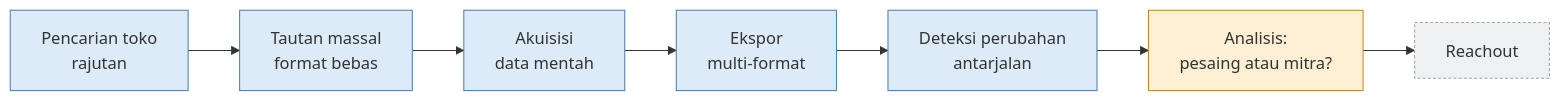
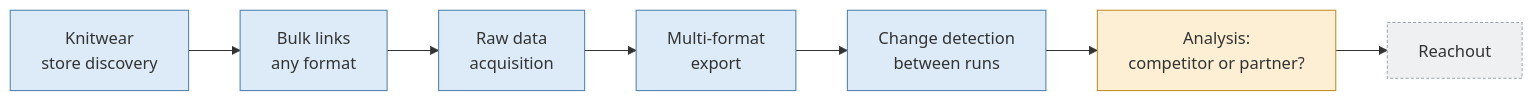
Before and after one commit to Wooden-Ships-Knits/scrapping-bot: the diagram in docs/product/prd.md, drawn with Mermaid. The commit also changed other lines of this file and 5 other files, not shown here.

````diff
--- a/docs/product/prd.md
+++ b/docs/product/prd.md
@@ -52,16 +52,16 @@
 ```mermaid
 flowchart LR
-    S[Pencarian toko<br/>rajutan] --> A
-    A[Tautan massal<br/>format bebas] --> B[Akuisisi<br/>data mentah]
-    B --> C[Ekspor<br/>multi-format]
-    C --> D[Deteksi perubahan<br/>antarjalan]
-    D --> E[Analisis:<br/>pesaing atau mitra?]
+    S[Knitwear<br/>store discovery] --> A
+    A[Bulk links<br/>any format] --> B[Raw data<br/>acquisition]
+    B --> C[Multi-format<br/>export]
+    C --> D[Change detection<br/>between runs]
+    D --> E[Analysis:<br/>competitor or partner?]
     E --> F[Reachout]
 
     classDef inscope fill:#DCEBF7,stroke:#4A7FB0
     classDef next fill:#FCEFD4,stroke:#C28A1E
     classDef later fill:#EEF0F2,stroke:#9AA5B1,stroke-dasharray:3 2
     class S,A,B,C,D inscope
     class E next
     class F later
 ```
````
